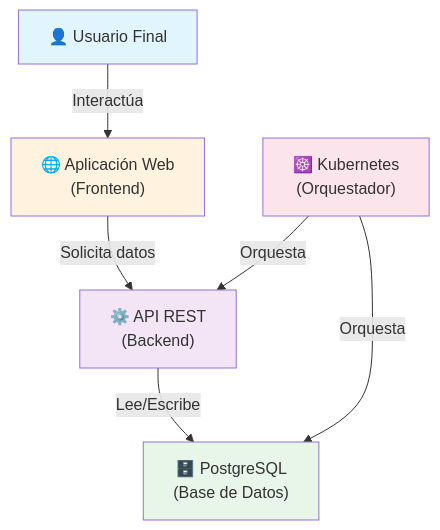
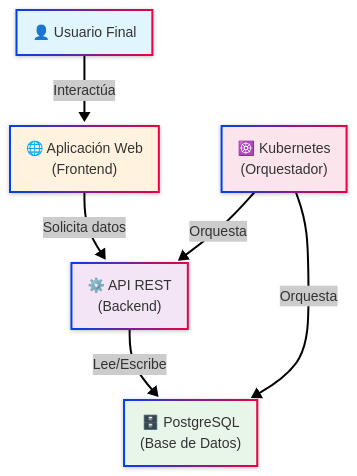
Before and after one commit to ch1fl1n/Patrones-Arqui: the first of 3 diagrams in README.md, drawn with Mermaid. The commit also changed other lines of this file, not shown here.

````diff
--- a/README.md
+++ b/README.md
@@ -18,20 +18,25 @@
 ```mermaid
+---
+config:
+  look: neo
+  theme: neo
+---
 graph
     User["👤 Usuario Final"]
     Frontend["🌐 Aplicación Web<br/>(Frontend)"]
     Backend["⚙️ API REST<br/>(Backend)"]
     Database["🗄️ PostgreSQL<br/>(Base de Datos)"]
     K8s["☸️ Kubernetes<br/>(Orquestador)"]
     
     User -->|Interactúa| Frontend
     Frontend -->|Solicita datos| Backend
     Backend -->|Lee/Escribe| Database
     K8s -->|Orquesta| Backend
     K8s -->|Orquesta| Database
     
     style User fill:#e1f5ff
     style Frontend fill:#fff3e0
     style Backend fill:#f3e5f5
     style Database fill:#e8f5e9
     style K8s fill:#fce4ec
 ```
````
